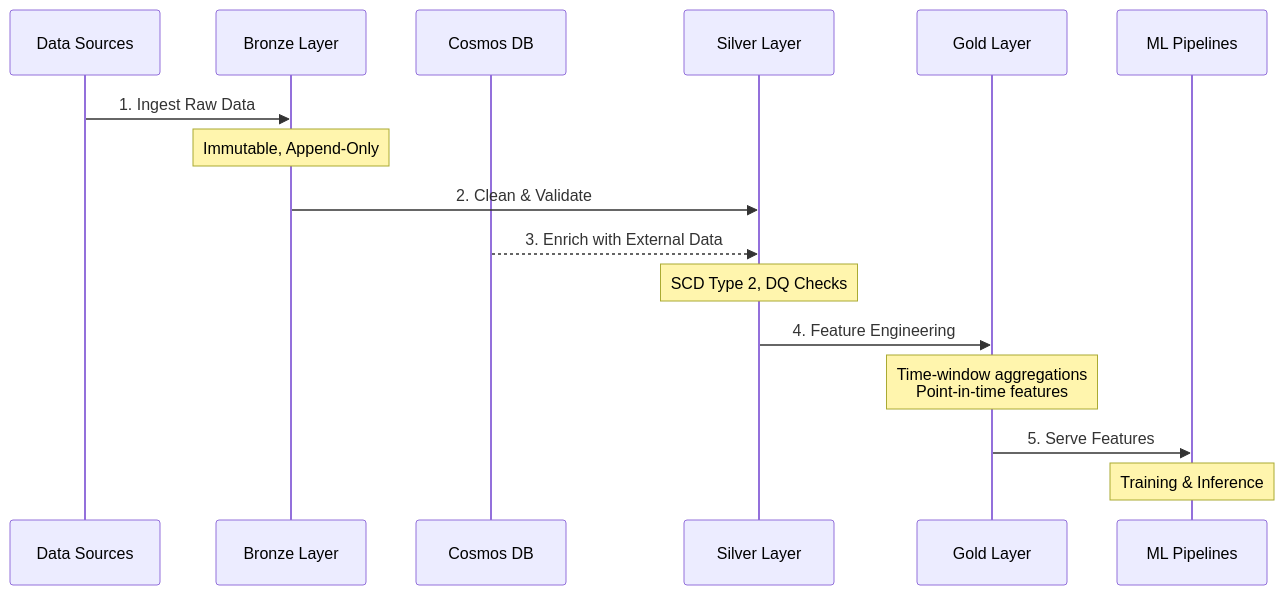
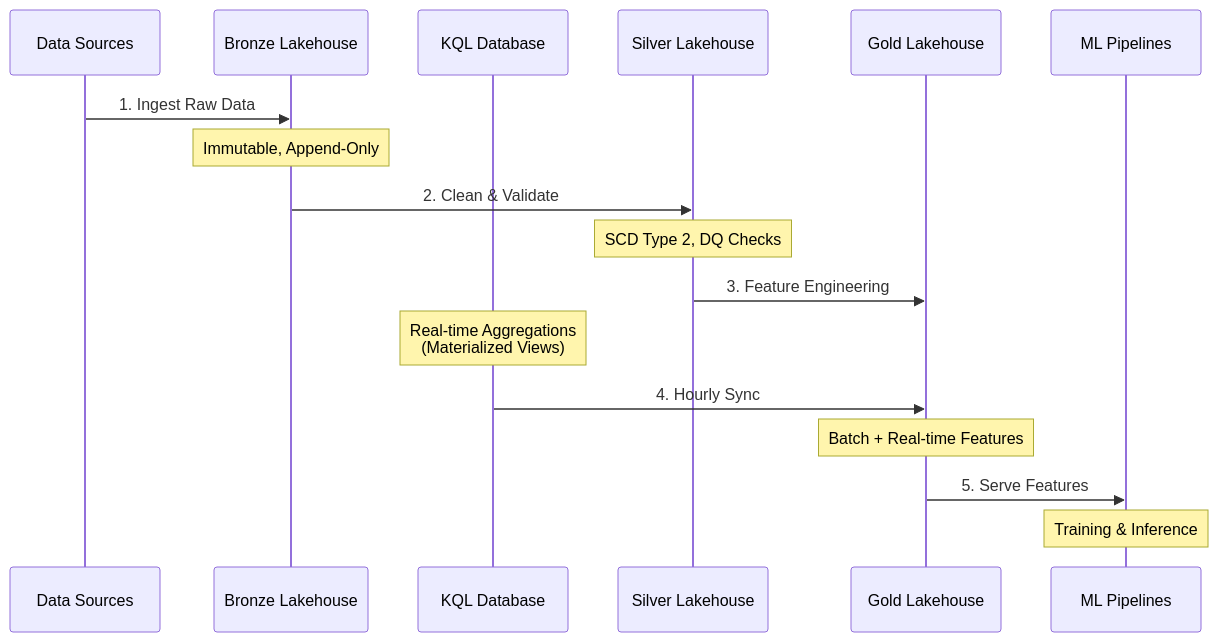
Before and after one commit to patrick-cst1/Insurance-ML-Data-Platform: the second of 2 diagrams in README.md, drawn with Mermaid. The commit also changed other lines of this file and 20 other files, not shown here.

````diff
--- a/README.md
+++ b/README.md
@@ -72,19 +74,20 @@
 ```mermaid
 sequenceDiagram
     participant Source as Data Sources
-    participant Bronze as Bronze Layer
-    participant Cosmos as Cosmos DB
-    participant Silver as Silver Layer
-    participant Gold as Gold Layer
+    participant Bronze as Bronze Lakehouse
+    participant KQL as KQL Database
+    participant Silver as Silver Lakehouse
+    participant Gold as Gold Lakehouse
     participant ML as ML Pipelines
     
     Source->>Bronze: 1. Ingest Raw Data
     Note over Bronze: Immutable, Append-Only
     Bronze->>Silver: 2. Clean & Validate
-    Cosmos-->>Silver: 3. Enrich with External Data
     Note over Silver: SCD Type 2, DQ Checks
-    Silver->>Gold: 4. Feature Engineering
-    Note over Gold: Time-window aggregations<br/>Point-in-time features
+    Silver->>Gold: 3. Feature Engineering
+    Note over KQL: Real-time Aggregations<br/>(Materialized Views)
+    KQL->>Gold: 4. Hourly Sync
+    Note over Gold: Batch + Real-time Features
     Gold->>ML: 5. Serve Features
     Note over ML: Training & Inference
 ```
````
